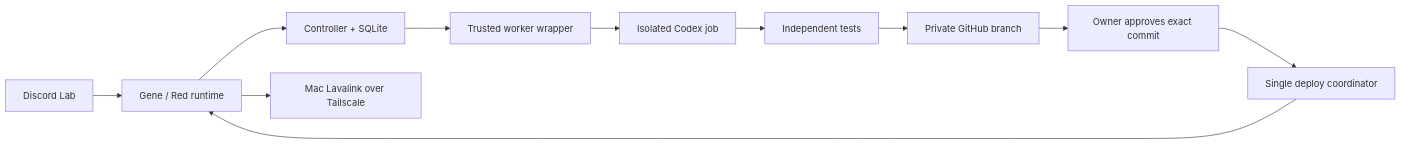
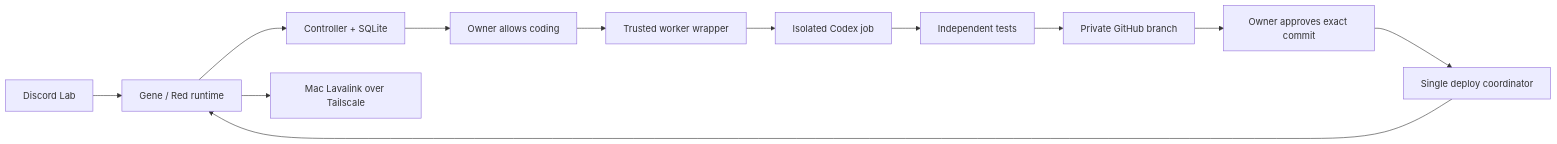
The diagram in README.md (HumanMint/gene), drawn with Mermaid before and after one commit. The commit also changed other lines of this file and 19 other files, not shown here.

````diff
--- a/README.md
+++ b/README.md
@@ -61,13 +72,14 @@
 ```mermaid
 flowchart LR
   U[Discord Lab] --> R[Gene / Red runtime]
   R --> C[Controller + SQLite]
-  C --> W[Trusted worker wrapper]
+  C --> I[Owner allows coding]
+  I --> W[Trusted worker wrapper]
   W --> S[Isolated Codex job]
   S --> T[Independent tests]
   T --> G[Private GitHub branch]
   G --> A[Owner approves exact commit]
   A --> D[Single deploy coordinator]
   D --> R
   R --> L[Mac Lavalink over Tailscale]
 ```
````
